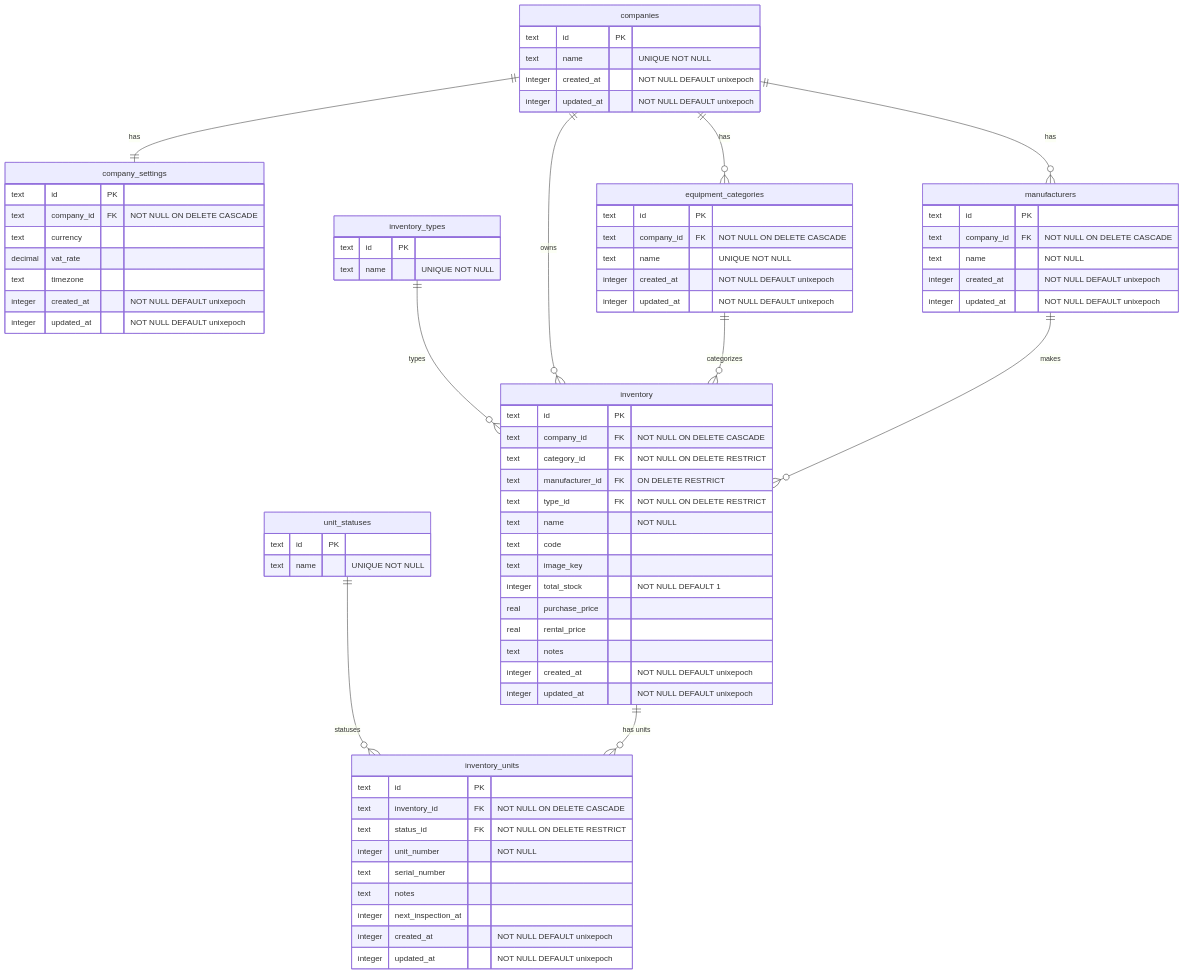
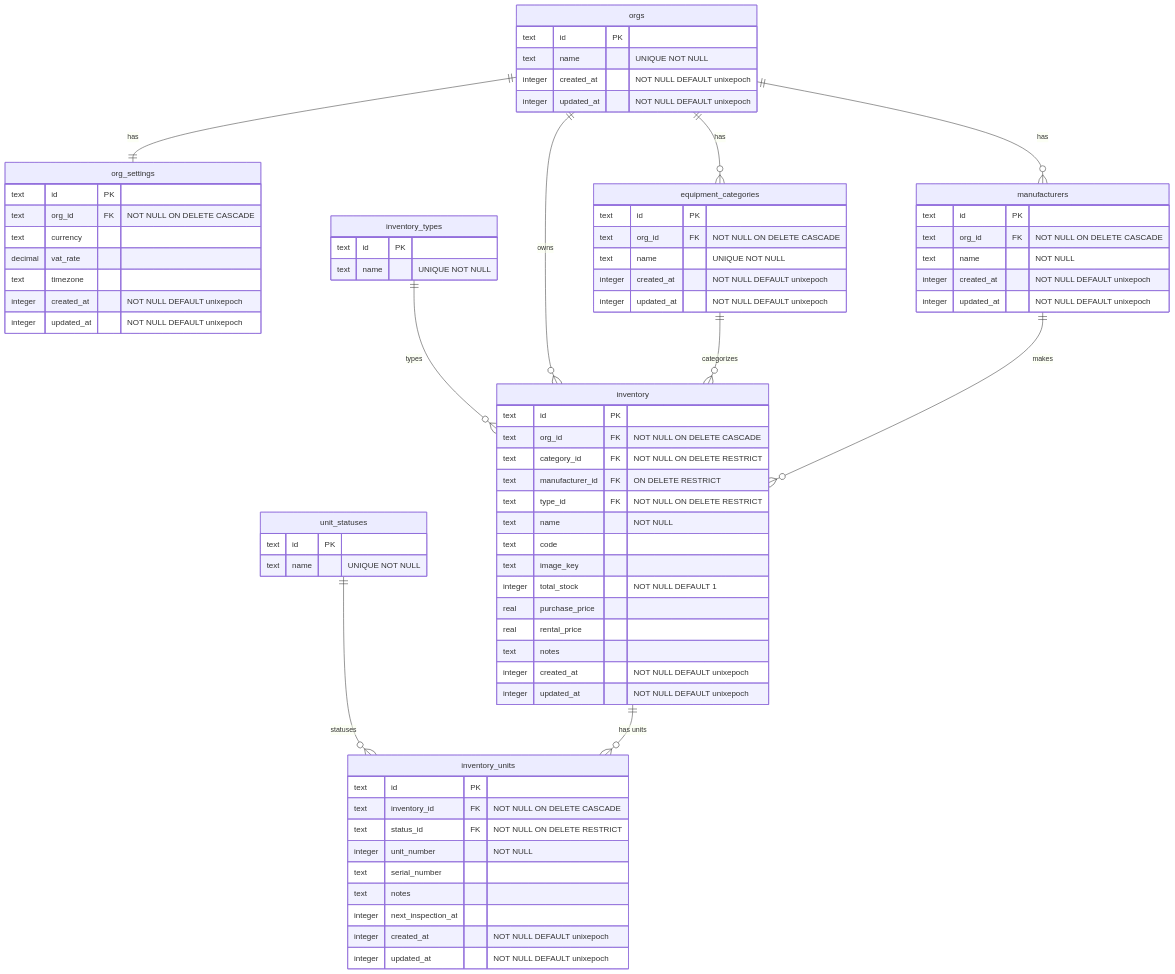
The diagram in wiki/ERD.md (bit8bytes/gearberg), drawn with Mermaid before and after one commit. The commit also changed 105 other files, not shown here.

Commit message:
refactor: rename companies/company into orgs/orgs

````diff
--- a/wiki/ERD.md
+++ b/wiki/ERD.md
@@ -3,15 +3,15 @@
 ```mermaid
 erDiagram
-  companies {
+  orgs {
     text id PK
     text name "UNIQUE NOT NULL"
     integer created_at "NOT NULL DEFAULT unixepoch"
     integer updated_at "NOT NULL DEFAULT unixepoch"
   }
 
-  company_settings {
+  org_settings {
     text id PK
-    text company_id FK "NOT NULL ON DELETE CASCADE"
+    text org_id FK "NOT NULL ON DELETE CASCADE"
     text currency
     decimal vat_rate
     text timezone
@@ -21,7 +21,7 @@
 
   equipment_categories {
     text id PK
-    text company_id FK "NOT NULL ON DELETE CASCADE"
+    text org_id FK "NOT NULL ON DELETE CASCADE"
     text name "UNIQUE NOT NULL"
     integer created_at "NOT NULL DEFAULT unixepoch"
     integer updated_at "NOT NULL DEFAULT unixepoch"
@@ -29,12 +29,12 @@
 
   manufacturers {
     text id PK
-    text company_id FK "NOT NULL ON DELETE CASCADE"
+    text org_id FK "NOT NULL ON DELETE CASCADE"
     text name "NOT NULL"
     integer created_at "NOT NULL DEFAULT unixepoch"
     integer updated_at "NOT NULL DEFAULT unixepoch"
   }
-  %% name must be unique per company: UNIQUE(company_id, name)
+  %% name must be unique per org: UNIQUE(org_id, name)
 
   inventory_types {
     text id PK
@@ -44,7 +44,7 @@
 
   inventory {
     text id PK
-    text company_id FK "NOT NULL ON DELETE CASCADE"
+    text org_id FK "NOT NULL ON DELETE CASCADE"
     text category_id FK "NOT NULL ON DELETE RESTRICT"
     text manufacturer_id FK "ON DELETE RESTRICT"
     text type_id FK "NOT NULL ON DELETE RESTRICT"
@@ -82,10 +82,10 @@
 
   inventory_types ||--o{ inventory : "types"
   unit_statuses ||--o{ inventory_units : "statuses"
-  companies ||--|| company_settings : "has"
-  companies ||--o{ equipment_categories : "has"
-  companies ||--o{ manufacturers : "has"
-  companies ||--o{ inventory : "owns"
+  orgs ||--|| org_settings : "has"
+  orgs ||--o{ equipment_categories : "has"
+  orgs ||--o{ manufacturers : "has"
+  orgs ||--o{ inventory : "owns"
   equipment_categories ||--o{ inventory : "categorizes"
   manufacturers ||--o{ inventory : "makes"
   inventory ||--o{ inventory_units : "has units"
````
